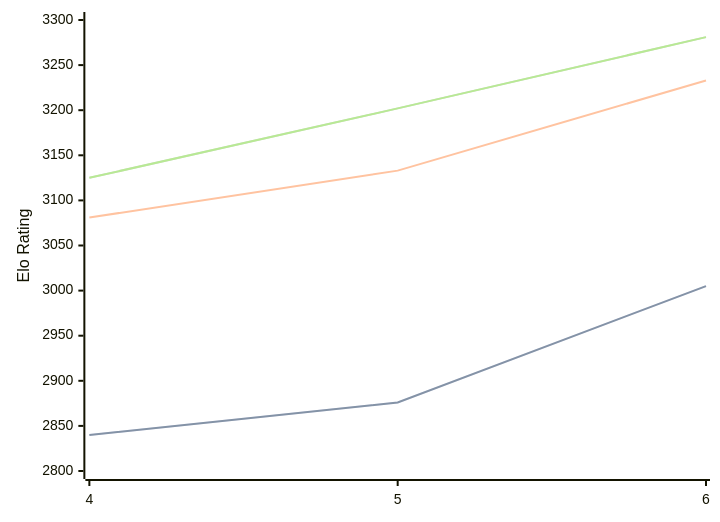
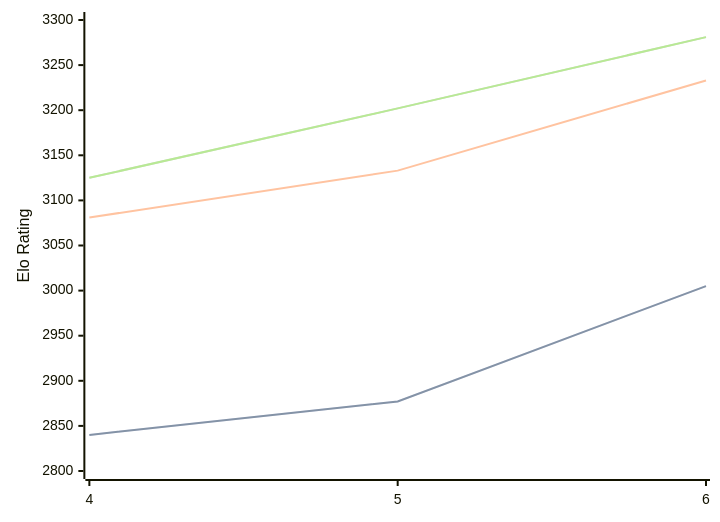
The diagram in engines/Cwtch.md (computer-chess-index/cci), drawn with Mermaid before and after one commit. The commit also changed other lines of this file, not shown here.

````diff
--- a/engines/Cwtch.md
+++ b/engines/Cwtch.md
@@ -34,11 +34,11 @@
 ```mermaid
 %%{init: {"theme":"base","themeVariables":{"seriesColors:['#a3a3a3','#222221','#faa371']}}}%%
 xychart-beta
   x-axis ["4", "5", "6"]
   y-axis "Elo Rating" 2800 --> 3300
-  line "STC (8.0+0.08s)" [2840, 2876, 3005]
-  line "STC (8.0+0.08s)" [2840, 2876, 3005]
+  line "STC (8.0+0.08s)" [2840, 2877, 3005]
+  line "STC (8.0+0.08s)" [2840, 2877, 3005]
   line "LTC (60.0+0.60s)" [3081, 3133, 3233]
   line "VLTC (2m24s+1.12s)" [3125, 3202, 3281]
   line "VLTC (2m24s+1.12s)" [3125, 3202, 3281]
 ```
````
